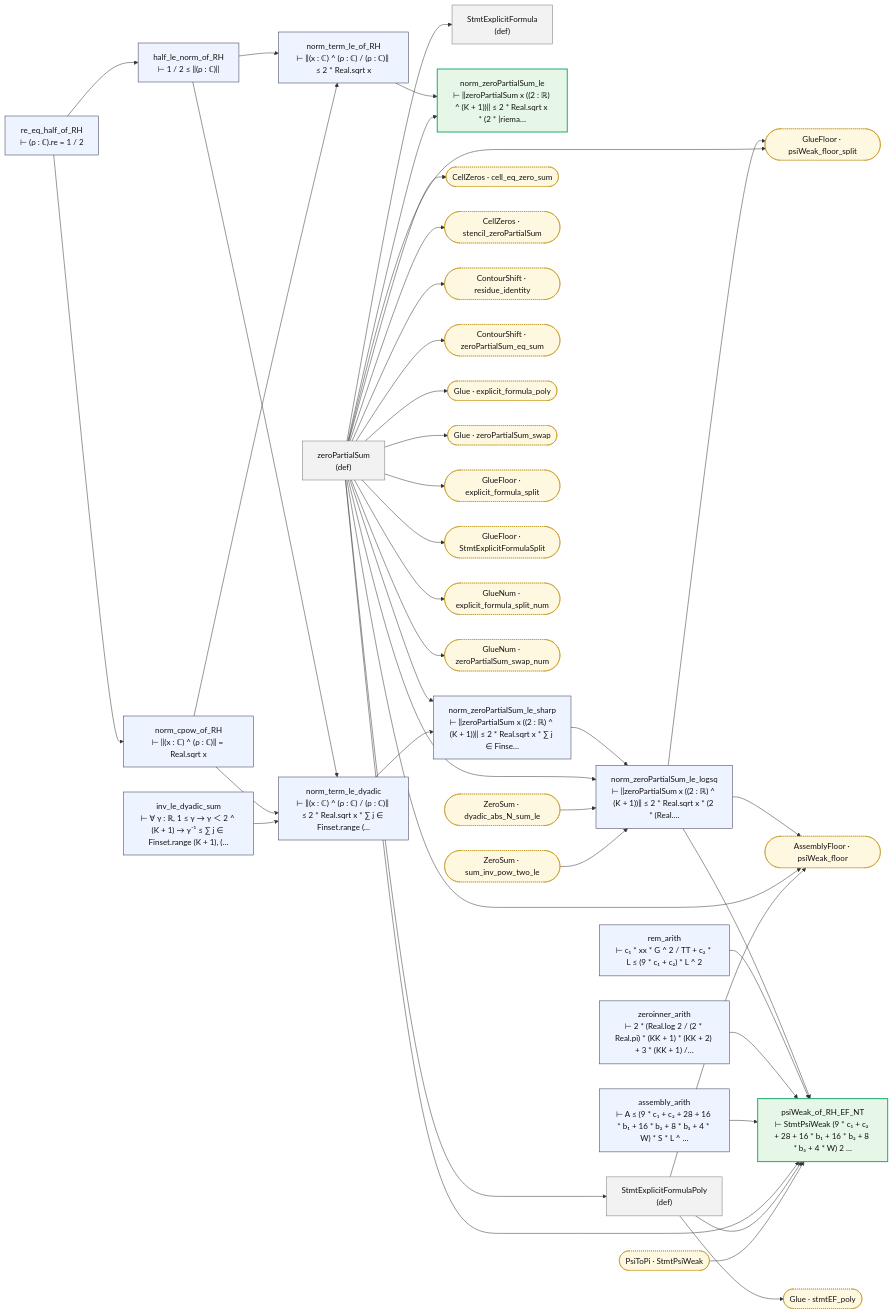
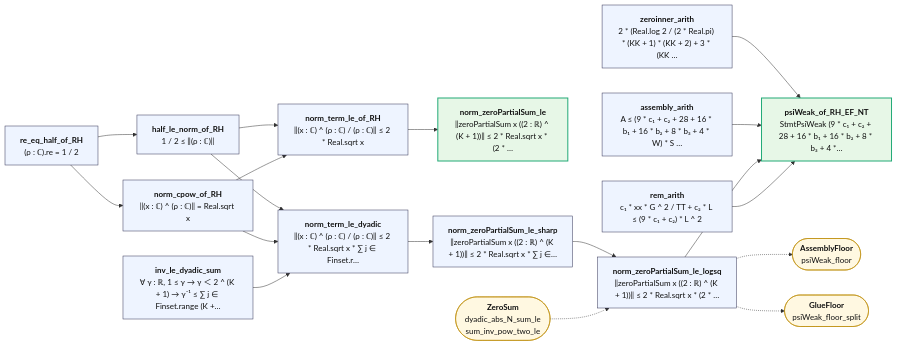
Before and after one commit to juliansambranojr/Primebeat_081426: the diagram in map/lean_stage3/Assembly.md, drawn with Mermaid. The commit also changed other lines of this file and 387 other files, not shown here.

````diff
--- a/map/lean_stage3/Assembly.md
+++ b/map/lean_stage3/Assembly.md
@@ -8,81 +12,41 @@
 ```mermaid
 flowchart LR
-  n0["re_eq_half_of_RH<br/>⊢ (ρ : ℂ).re = 1 / 2"]:::thm
-  n1["half_le_norm_of_RH<br/>⊢ 1 / 2 ≤ ‖(ρ : ℂ)‖"]:::thm
-  n2["norm_cpow_of_RH<br/>⊢ ‖(x : ℂ) ^ (ρ : ℂ)‖ = Real.sqrt x"]:::thm
-  n3["norm_term_le_of_RH<br/>⊢ ‖(x : ℂ) ^ (ρ : ℂ) / (ρ : ℂ)‖ ≤ 2 * Real.sqrt x"]:::thm
-  n4["zeroPartialSum<br/>(def)"]:::dfn
-  n5["StmtExplicitFormula<br/>(def)"]:::dfn
-  n6["StmtExplicitFormulaPoly<br/>(def)"]:::dfn
-  n7["norm_zeroPartialSum_le<br/>⊢ ‖zeroPartialSum x ((2 : ℝ) ^ (K + 1))‖ ≤ 2 * Real.sqrt x * (2 * |riema…"]:::end_
-  n8["inv_le_dyadic_sum<br/>⊢ ∀ γ : ℝ, 1 ≤ γ → γ ＜ 2 ^ (K + 1) → γ⁻¹ ≤ ∑ j ∈ Finset.range (K + 1), (…"]:::thm
-  n9["norm_term_le_dyadic<br/>⊢ ‖(x : ℂ) ^ (ρ : ℂ) / (ρ : ℂ)‖ ≤ 2 * Real.sqrt x * ∑ j ∈ Finset.range (…"]:::thm
-  n10["norm_zeroPartialSum_le_sharp<br/>⊢ ‖zeroPartialSum x ((2 : ℝ) ^ (K + 1))‖ ≤ 2 * Real.sqrt x * ∑ j ∈ Finse…"]:::thm
-  n11["norm_zeroPartialSum_le_logsq<br/>⊢ ‖zeroPartialSum x ((2 : ℝ) ^ (K + 1))‖ ≤ 2 * Real.sqrt x * (2 * (Real.…"]:::thm
-  n12["rem_arith<br/>⊢ c₁ * xx * G ^ 2 / TT + c₂ * L ≤ (9 * c₁ + c₂) * L ^ 2"]:::thm
-  n13["zeroinner_arith<br/>⊢ 2 * (Real.log 2 / (2 * Real.pi) * (KK + 1) * (KK + 2) + 3 * (KK + 1) /…"]:::thm
-  n14["assembly_arith<br/>⊢ A ≤ (9 * c₁ + c₂ + 28 + 16 * b₁ + 16 * b₂ + 8 * b₃ + 4 * W) * S * L ^ …"]:::thm
-  n15["psiWeak_of_RH_EF_NT<br/>⊢ StmtPsiWeak (9 * c₁ + c₂ + 28 + 16 * b₁ + 16 * b₂ + 8 * b₃ + 4 * W) 2 …"]:::end_
-  x0(["AssemblyFloor · psiWeak_floor"]):::ext
-  x1(["CellZeros · cell_eq_zero_sum"]):::ext
-  x2(["CellZeros · stencil_zeroPartialSum"]):::ext
-  x3(["ContourShift · residue_identity"]):::ext
-  x4(["ContourShift · zeroPartialSum_eq_sum"]):::ext
-  x5(["Glue · explicit_formula_poly"]):::ext
-  x6(["Glue · stmtEF_poly"]):::ext
-  x7(["Glue · zeroPartialSum_swap"]):::ext
-  x8(["GlueFloor · explicit_formula_split"]):::ext
-  x9(["GlueFloor · StmtExplicitFormulaSplit"]):::ext
-  x10(["GlueFloor · psiWeak_floor_split"]):::ext
-  x11(["GlueNum · explicit_formula_split_num"]):::ext
-  x12(["GlueNum · zeroPartialSum_swap_num"]):::ext
-  x13(["PsiToPi · StmtPsiWeak"]):::ext
-  x14(["ZeroSum · dyadic_abs_N_sum_le"]):::ext
-  x15(["ZeroSum · sum_inv_pow_two_le"]):::ext
+  n0["<b>re_eq_half_of_RH</b><br/>(ρ : ℂ).re = 1 / 2"]:::thm
+  n1["<b>half_le_norm_of_RH</b><br/>1 / 2 ≤ ‖(ρ : ℂ)‖"]:::thm
+  n2["<b>norm_cpow_of_RH</b><br/>‖(x : ℂ) ^ (ρ : ℂ)‖ = Real.sqrt x"]:::thm
+  n3["<b>norm_term_le_of_RH</b><br/>‖(x : ℂ) ^ (ρ : ℂ) / (ρ : ℂ)‖ ≤ 2 * Real.sqrt x"]:::thm
+  n4["<b>norm_zeroPartialSum_le</b><br/>‖zeroPartialSum x ((2 : ℝ) ^ (K + 1))‖ ≤ 2 * Real.sqrt x * (2 * …"]:::end_
+  n5["<b>inv_le_dyadic_sum</b><br/>∀ γ : ℝ, 1 ≤ γ → γ ＜ 2 ^ (K + 1) → γ⁻¹ ≤ ∑ j ∈ Finset.range (K +…"]:::thm
+  n6["<b>norm_term_le_dyadic</b><br/>‖(x : ℂ) ^ (ρ : ℂ) / (ρ : ℂ)‖ ≤ 2 * Real.sqrt x * ∑ j ∈ Finset.r…"]:::thm
+  n7["<b>norm_zeroPartialSum_le_sharp</b><br/>‖zeroPartialSum x ((2 : ℝ) ^ (K + 1))‖ ≤ 2 * Real.sqrt x * ∑ j ∈…"]:::thm
+  n8["<b>norm_zeroPartialSum_le_logsq</b><br/>‖zeroPartialSum x ((2 : ℝ) ^ (K + 1))‖ ≤ 2 * Real.sqrt x * (2 * …"]:::thm
+  n9["<b>rem_arith</b><br/>c₁ * xx * G ^ 2 / TT + c₂ * L ≤ (9 * c₁ + c₂) * L ^ 2"]:::thm
+  n10["<b>zeroinner_arith</b><br/>2 * (Real.log 2 / (2 * Real.pi) * (KK + 1) * (KK + 2) + 3 * (KK …"]:::thm
+  n11["<b>assembly_arith</b><br/>A ≤ (9 * c₁ + c₂ + 28 + 16 * b₁ + 16 * b₂ + 8 * b₃ + 4 * W) * S …"]:::thm
+  n12["<b>psiWeak_of_RH_EF_NT</b><br/>StmtPsiWeak (9 * c₁ + c₂ + 28 + 16 * b₁ + 16 * b₂ + 8 * b₃ + 4 *…"]:::end_
+  x0(["<b>ZeroSum</b><br/>dyadic_abs_N_sum_le<br/>sum_inv_pow_two_le"]):::ext
+  x1(["<b>AssemblyFloor</b><br/>psiWeak_floor"]):::ext
+  x2(["<b>GlueFloor</b><br/>psiWeak_floor_split"]):::ext
   n0 --> n1
   n0 --> n2
   n1 --> n3
-  n1 --> n9
-  n10 --> n11
-  n11 --> n15
-  n11 --> x0
-  n11 --> x10
-  n12 --> n15
-  n13 --> n15
-  n14 --> n15
+  n1 --> n6
+  n10 --> n12
+  n11 --> n12
   n2 --> n3
-  n2 --> n9
-  n3 --> n7
-  n4 --> n10
-  n4 --> n11
-  n4 --> n15
-  n4 --> n5
-  n4 --> n6
-  n4 --> n7
-  n4 --> x0
-  n4 --> x1
-  n4 --> x10
-  n4 --> x11
-  n4 --> x12
-  n4 --> x2
-  n4 --> x3
-  n4 --> x4
-  n4 --> x5
-  n4 --> x7
-  n4 --> x8
-  n4 --> x9
-  n6 --> n15
-  n6 --> x0
-  n6 --> x6
-  n8 --> n9
-  n9 --> n10
-  x13 --> n15
-  x14 --> n11
-  x15 --> n11
+  n2 --> n6
+  n3 --> n4
+  n5 --> n6
+  n6 --> n7
+  n7 --> n8
+  n8 --> n12
+  n9 --> n12
+  n8 -.-> x1
+  n8 -.-> x2
+  x0 -.-> n8
   classDef thm fill:#eef4ff,stroke:#335,color:#111
-  classDef dfn fill:#f2f2f2,stroke:#777,color:#111
   classDef end_ fill:#e7f7e7,stroke:#2a7,color:#111,stroke-width:2px
   classDef lone fill:#fff,stroke:#999,color:#111,stroke-dasharray:4 3
   classDef bad fill:#ffe5e5,stroke:#c22,color:#111,stroke-width:2px
-  classDef ext fill:#fff8e1,stroke:#b80,color:#111,stroke-dasharray:2 2
+  classDef ext fill:#fff8e1,stroke:#b80,color:#111
 ```
````
